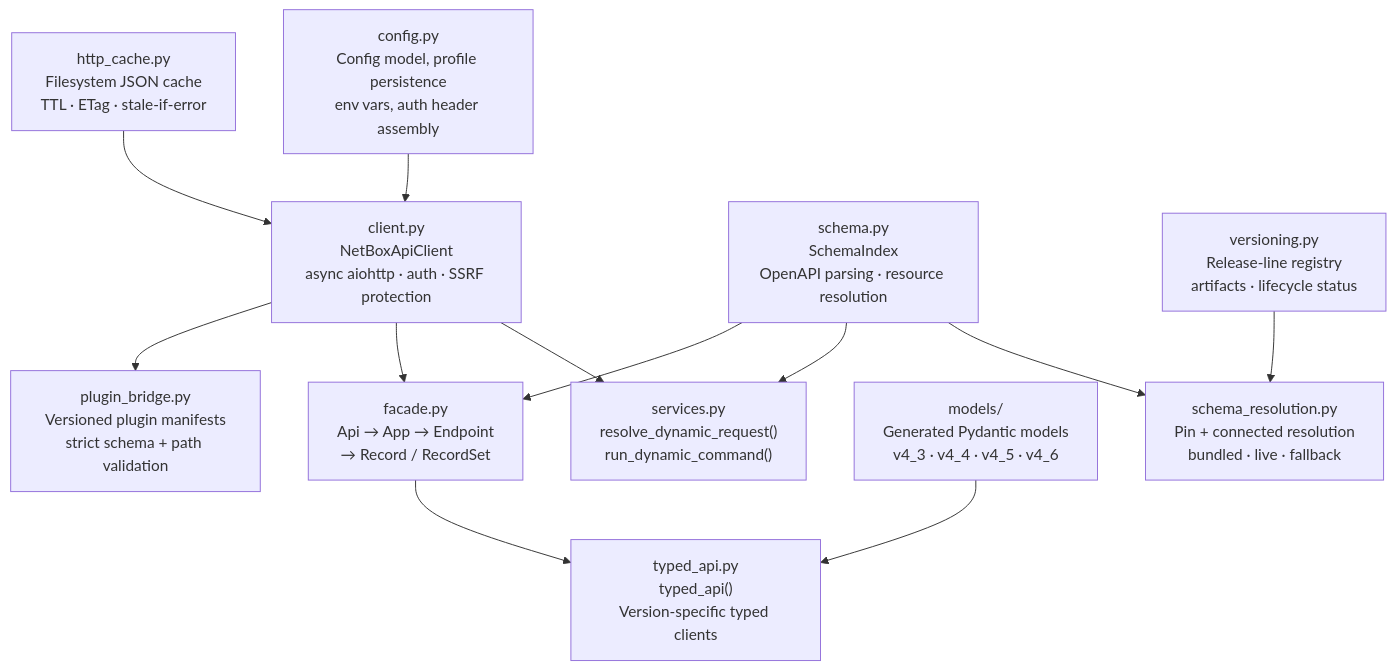
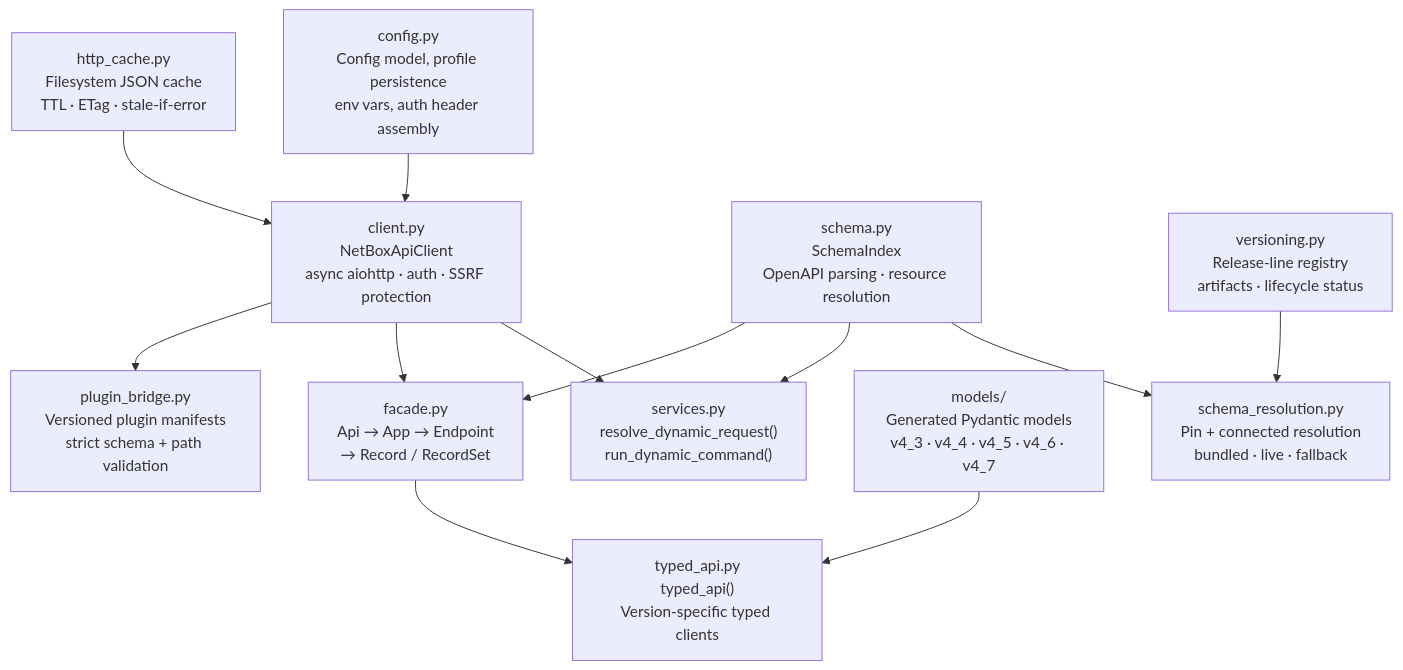
The second of 5 diagrams in docs/developer/architecture.md (emersonfelipesp/netbox-sdk), drawn with Mermaid before and after one commit. The commit also changed other lines of this file and 13 other files, not shown here.

````diff
--- a/docs/developer/architecture.md
+++ b/docs/developer/architecture.md
@@ -33,26 +33,26 @@
 ```mermaid
 flowchart TB
     config["config.py\nConfig model, profile persistence\nenv vars, auth header assembly"]
     cache["http_cache.py\nFilesystem JSON cache\nTTL · ETag · stale-if-error"]
     client["client.py\nNetBoxApiClient\nasync aiohttp · auth · SSRF protection"]
     schema["schema.py\nSchemaIndex\nOpenAPI parsing · resource resolution"]
     versions["versioning.py\nRelease-line registry\nartifacts · lifecycle status"]
     resolution["schema_resolution.py\nPin + connected resolution\nbundled · live · fallback"]
     services["services.py\nresolve_dynamic_request()\nrun_dynamic_command()"]
     facade["facade.py\nApi → App → Endpoint\n→ Record / RecordSet"]
     typed["typed_api.py\ntyped_api()\nVersion-specific typed clients"]
-    models["models/\nGenerated Pydantic models\nv4_3 · v4_4 · v4_5 · v4_6"]
+    models["models/\nGenerated Pydantic models\nv4_3 · v4_4 · v4_5 · v4_6 · v4_7"]
     bridge["plugin_bridge.py\nVersioned plugin manifests\nstrict schema + path validation"]
 
     config --> client
     cache --> client
     versions --> resolution
     schema --> resolution
     schema --> services
     client --> services
     client --> facade
     schema --> facade
     facade --> typed
     models --> typed
     client --> bridge
 ```
````
